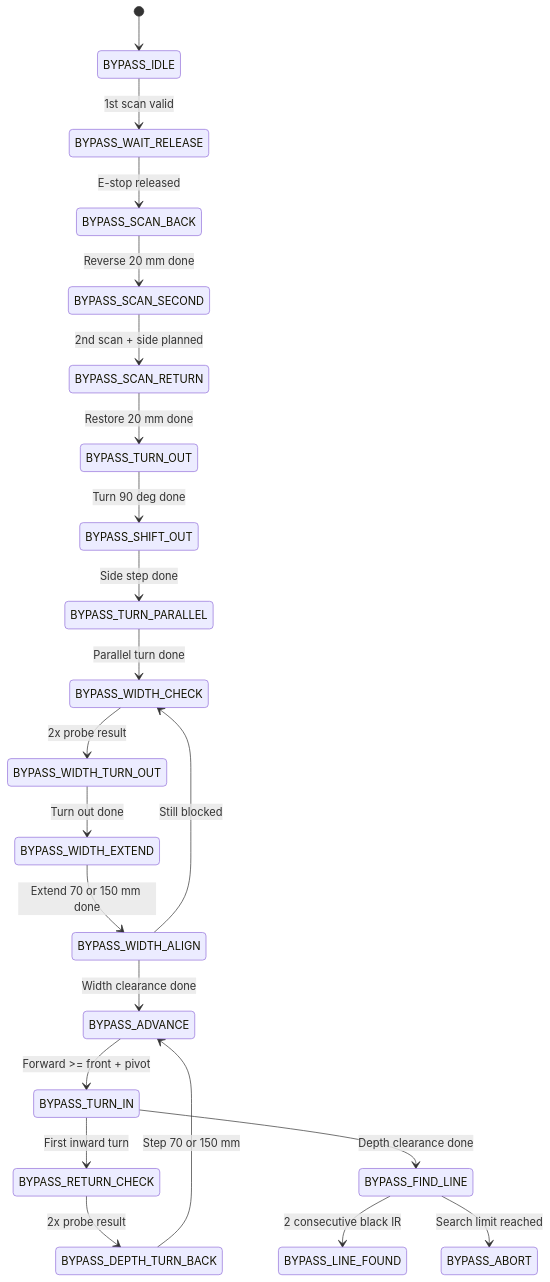
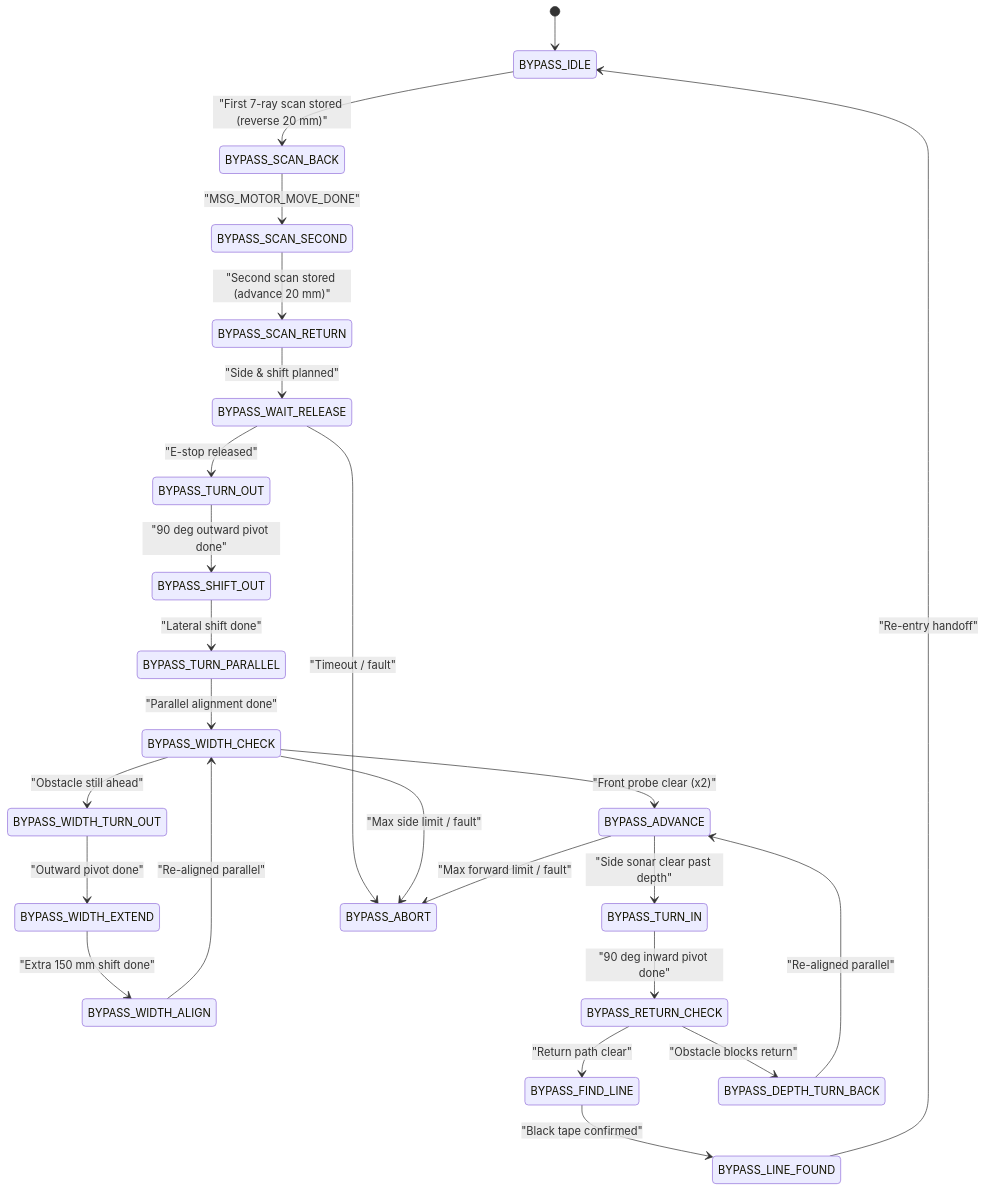
The second of 5 diagrams in docs/fsm_diagrams.md (HingYuan/INF2004_EmbeddedSystems_Project), drawn with Mermaid before and after one commit. The commit also changed other lines of this file and 61 other files, not shown here.

````diff
--- a/docs/fsm_diagrams.md
+++ b/docs/fsm_diagrams.md
@@ -27,24 +39,27 @@
 ```mermaid
 stateDiagram-v2
     [*] --> BYPASS_IDLE
-    BYPASS_IDLE --> BYPASS_WAIT_RELEASE : 1st scan valid
-    BYPASS_WAIT_RELEASE --> BYPASS_SCAN_BACK : E-stop released
-    BYPASS_SCAN_BACK --> BYPASS_SCAN_SECOND : Reverse 20 mm done
-    BYPASS_SCAN_SECOND --> BYPASS_SCAN_RETURN : 2nd scan + side planned
-    BYPASS_SCAN_RETURN --> BYPASS_TURN_OUT : Restore 20 mm done
-    BYPASS_TURN_OUT --> BYPASS_SHIFT_OUT : Turn 90 deg done
-    BYPASS_SHIFT_OUT --> BYPASS_TURN_PARALLEL : Side step done
-    BYPASS_TURN_PARALLEL --> BYPASS_WIDTH_CHECK : Parallel turn done
-    BYPASS_WIDTH_CHECK --> BYPASS_WIDTH_TURN_OUT : 2x probe result
-    BYPASS_WIDTH_TURN_OUT --> BYPASS_WIDTH_EXTEND : Turn out done
-    BYPASS_WIDTH_EXTEND --> BYPASS_WIDTH_ALIGN : Extend 70 or 150 mm done
-    BYPASS_WIDTH_ALIGN --> BYPASS_WIDTH_CHECK : Still blocked
-    BYPASS_WIDTH_ALIGN --> BYPASS_ADVANCE : Width clearance done
-    BYPASS_ADVANCE --> BYPASS_TURN_IN : Forward >= front + pivot
-    BYPASS_TURN_IN --> BYPASS_RETURN_CHECK : First inward turn
-    BYPASS_RETURN_CHECK --> BYPASS_DEPTH_TURN_BACK : 2x probe result
-    BYPASS_DEPTH_TURN_BACK --> BYPASS_ADVANCE : Step 70 or 150 mm
-    BYPASS_TURN_IN --> BYPASS_FIND_LINE : Depth clearance done
-    BYPASS_FIND_LINE --> BYPASS_LINE_FOUND : 2 consecutive black IR
-    BYPASS_FIND_LINE --> BYPASS_ABORT : Search limit reached
+    BYPASS_IDLE --> BYPASS_SCAN_BACK : "First 7-ray scan stored (reverse 20 mm)"
+    BYPASS_SCAN_BACK --> BYPASS_SCAN_SECOND : "MSG_MOTOR_MOVE_DONE"
+    BYPASS_SCAN_SECOND --> BYPASS_SCAN_RETURN : "Second scan stored (advance 20 mm)"
+    BYPASS_SCAN_RETURN --> BYPASS_WAIT_RELEASE : "Side & shift planned"
+    BYPASS_WAIT_RELEASE --> BYPASS_TURN_OUT : "E-stop released"
+    BYPASS_TURN_OUT --> BYPASS_SHIFT_OUT : "90 deg outward pivot done"
+    BYPASS_SHIFT_OUT --> BYPASS_TURN_PARALLEL : "Lateral shift done"
+    BYPASS_TURN_PARALLEL --> BYPASS_WIDTH_CHECK : "Parallel alignment done"
+    BYPASS_WIDTH_CHECK --> BYPASS_ADVANCE : "Front probe clear (x2)"
+    BYPASS_WIDTH_CHECK --> BYPASS_WIDTH_TURN_OUT : "Obstacle still ahead"
+    BYPASS_WIDTH_TURN_OUT --> BYPASS_WIDTH_EXTEND : "Outward pivot done"
+    BYPASS_WIDTH_EXTEND --> BYPASS_WIDTH_ALIGN : "Extra 150 mm shift done"
+    BYPASS_WIDTH_ALIGN --> BYPASS_WIDTH_CHECK : "Re-aligned parallel"
+    BYPASS_ADVANCE --> BYPASS_TURN_IN : "Side sonar clear past depth"
+    BYPASS_TURN_IN --> BYPASS_RETURN_CHECK : "90 deg inward pivot done"
+    BYPASS_RETURN_CHECK --> BYPASS_FIND_LINE : "Return path clear"
+    BYPASS_RETURN_CHECK --> BYPASS_DEPTH_TURN_BACK : "Obstacle blocks return"
+    BYPASS_DEPTH_TURN_BACK --> BYPASS_ADVANCE : "Re-aligned parallel"
+    BYPASS_FIND_LINE --> BYPASS_LINE_FOUND : "Black tape confirmed"
+    BYPASS_LINE_FOUND --> BYPASS_IDLE : "Re-entry handoff"
+    BYPASS_WAIT_RELEASE --> BYPASS_ABORT : "Timeout / fault"
+    BYPASS_WIDTH_CHECK --> BYPASS_ABORT : "Max side limit / fault"
+    BYPASS_ADVANCE --> BYPASS_ABORT : "Max forward limit / fault"
 ```
````
